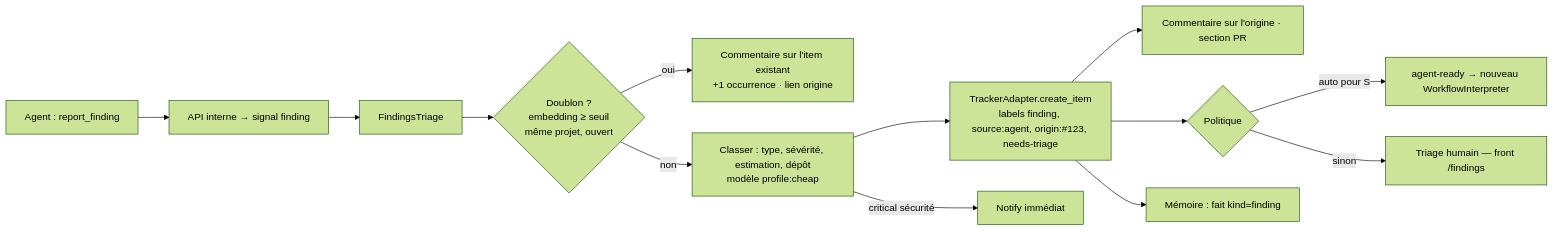
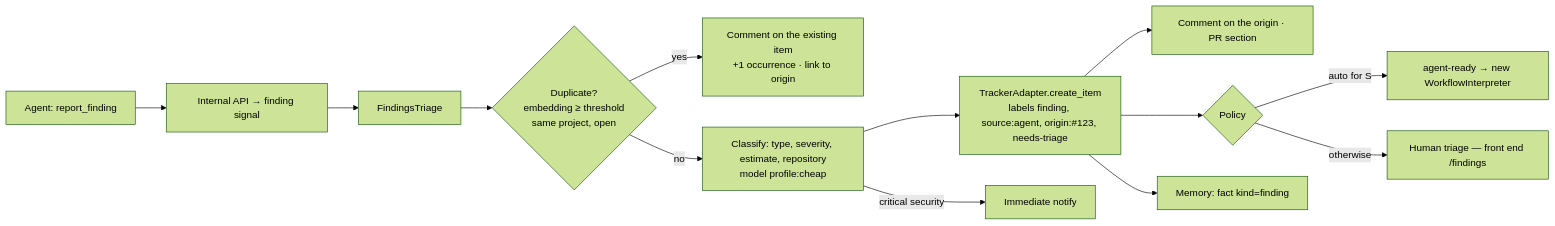
The second of 2 diagrams in docs/plan/05-release-train-findings.md (VargaFoundation/choregos), drawn with Mermaid (forest theme) before and after one commit. The commit also changed other lines of this file and 12 other files, not shown here.

````diff
--- a/docs/plan/05-release-train-findings.md
+++ b/docs/plan/05-release-train-findings.md
@@ -75,15 +75,15 @@
 ```mermaid
 flowchart LR
-  A[Agent : report_finding] --> B[API interne → signal finding]
+  A[Agent: report_finding] --> B[Internal API → finding signal]
   B --> C[FindingsTriage]
-  C --> D{Doublon ?<br/>embedding ≥ seuil<br/>même projet, ouvert}
-  D -->|oui| E[Commentaire sur l'item existant<br/>+1 occurrence · lien origine]
-  D -->|non| F[Classer : type, sévérité, estimation, dépôt<br/>modèle profile:cheap]
+  C --> D{Duplicate?<br/>embedding ≥ threshold<br/>same project, open}
+  D -->|yes| E[Comment on the existing item<br/>+1 occurrence · link to origin]
+  D -->|no| F[Classify: type, severity, estimate, repository<br/>model profile:cheap]
   F --> G[TrackerAdapter.create_item<br/>labels finding, source:agent, origin:#123, needs-triage]
-  G --> H[Commentaire sur l'origine · section PR]
-  F -->|critical sécurité| I[Notify immédiat]
-  G --> J{Politique}
-  J -->|auto pour S| K[agent-ready → nouveau WorkflowInterpreter]
-  J -->|sinon| L[Triage humain — front /findings]
-  G --> M[Mémoire : fait kind=finding]
+  G --> H[Comment on the origin · PR section]
+  F -->|critical security| I[Immediate notify]
+  G --> J{Policy}
+  J -->|auto for S| K[agent-ready → new WorkflowInterpreter]
+  J -->|otherwise| L[Human triage — front end /findings]
+  G --> M[Memory: fact kind=finding]
 ```
````
